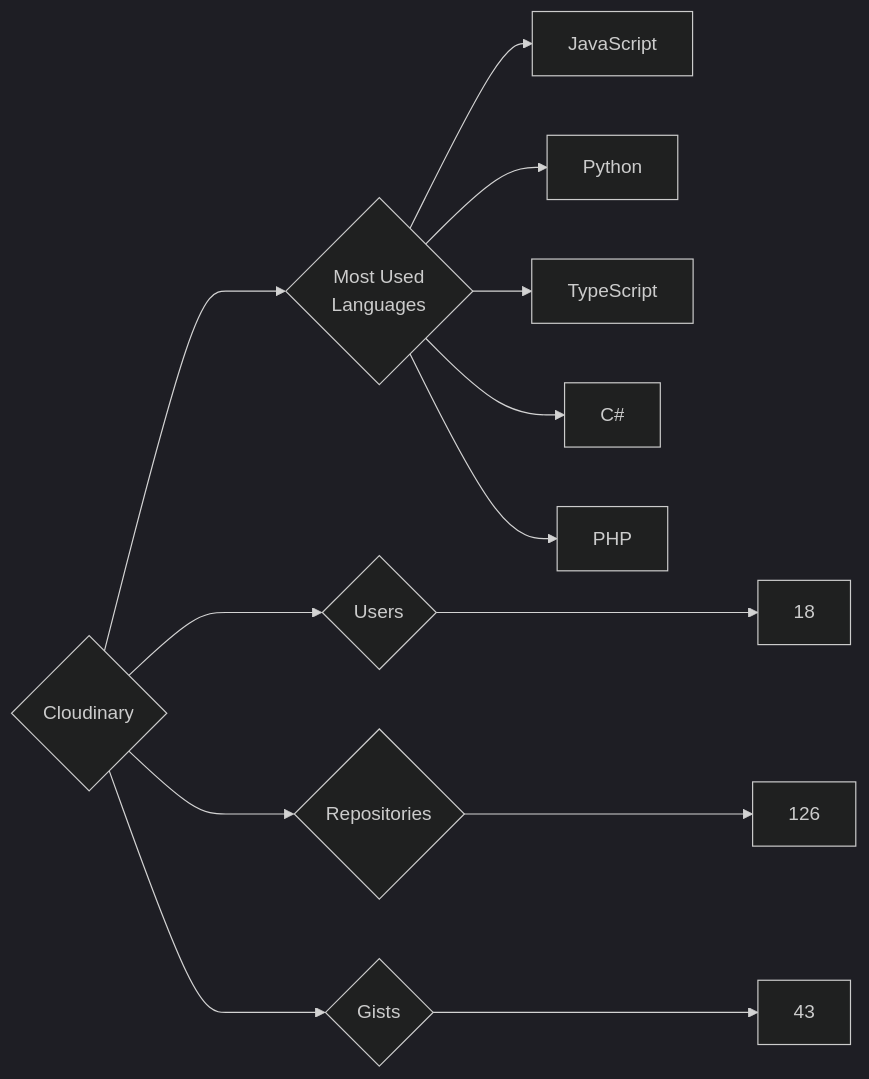
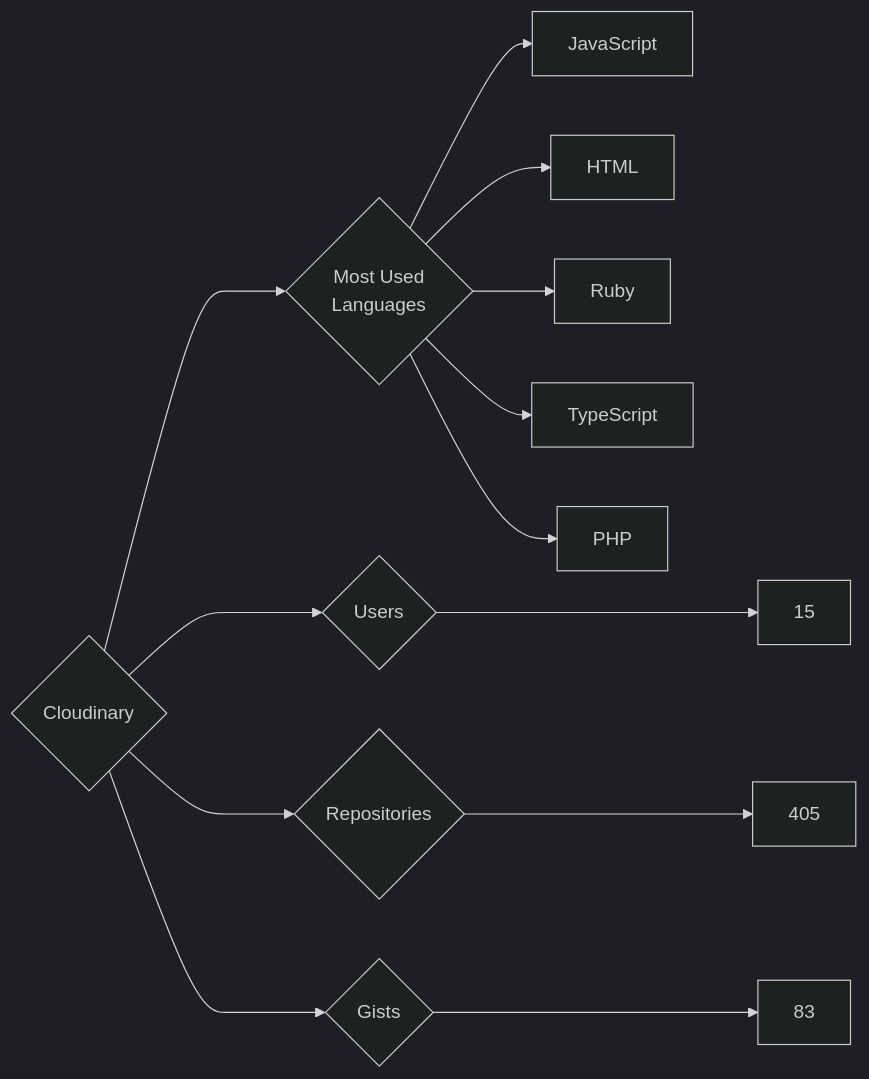
Before and after one commit to trickest/insiders: the diagram in targets/Cloudinary/README.md, drawn with Mermaid (dark theme). The commit also changed 633 other files, not shown here.

````diff
--- a/targets/Cloudinary/README.md
+++ b/targets/Cloudinary/README.md
@@ -3,13 +3,13 @@
 ```mermaid
 graph LR
 COMPANY_NAME{Cloudinary}
-COMPANY_NAME ---> U{Users} ---> UN[18]
-COMPANY_NAME ---> R{Repositories} ---> RN[126]
-COMPANY_NAME ---> G{Gists} ---> GN[43]
+COMPANY_NAME ---> U{Users} ---> UN[15]
+COMPANY_NAME ---> R{Repositories} ---> RN[405]
+COMPANY_NAME ---> G{Gists} ---> GN[83]
 COMPANY_NAME ---> ML{Most Used<br>Languages}
 ML --> JavaScript[JavaScript]
-ML --> Python[Python]
+ML --> HTML[HTML]
+ML --> Ruby[Ruby]
 ML --> TypeScript[TypeScript]
-ML --> C#[C#]
 ML --> PHP[PHP]
 ```
````
